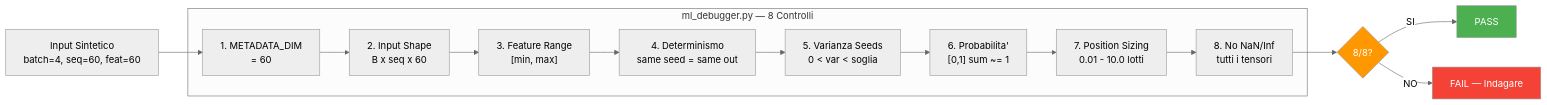
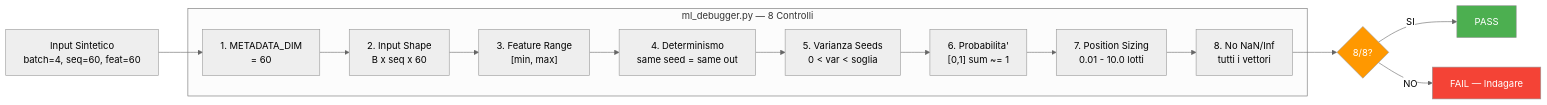
One commit to renanaugustomacena-ux/invest-smart changed the fourth of 11 diagrams in docs/architecture/sistema-italiano/08_MONITORAGGIO_E_STABILITA.md. Above: the diagram before and after it, drawn with Mermaid (neutral theme). The commit also changed other lines of this file, not shown here.

````diff
--- a/docs/architecture/sistema-italiano/08_MONITORAGGIO_E_STABILITA.md
+++ b/docs/architecture/sistema-italiano/08_MONITORAGGIO_E_STABILITA.md
@@ -332,30 +332,30 @@
 ```mermaid
 graph LR
     subgraph "ml_debugger.py — 8 Controlli"
         C1["1. METADATA_DIM<br/>= 60"]
         C2["2. Input Shape<br/>B x seq x 60"]
         C3["3. Feature Range<br/>[min, max]"]
         C4["4. Determinismo<br/>same seed = same out"]
         C5["5. Varianza Seeds<br/>0 < var < soglia"]
         C6["6. Probabilita'<br/>[0,1] sum ~= 1"]
         C7["7. Position Sizing<br/>0.01 - 10.0 lotti"]
-        C8["8. No NaN/Inf<br/>tutti i tensori"]
+        C8["8. No NaN/Inf<br/>tutti i vettori"]
     end
 
     IN["Input Sintetico<br/>batch=4, seq=60, feat=60"] --> C1
     C1 --> C2
     C2 --> C3
     C3 --> C4
     C4 --> C5
     C5 --> C6
     C6 --> C7
     C7 --> C8
     C8 --> RES{"8/8?"}
 
     RES -->|"SI"| OK["PASS"]
     RES -->|"NO"| FAIL["FAIL — Indagare"]
 
     style OK fill:#4CAF50,color:white
     style FAIL fill:#F44336,color:white
     style RES fill:#FF9800,color:white
 ```
````
